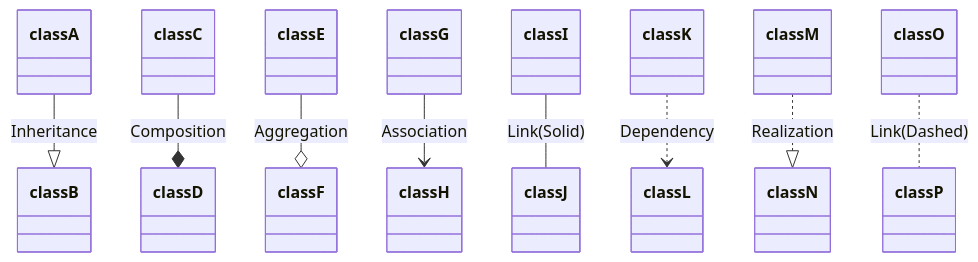
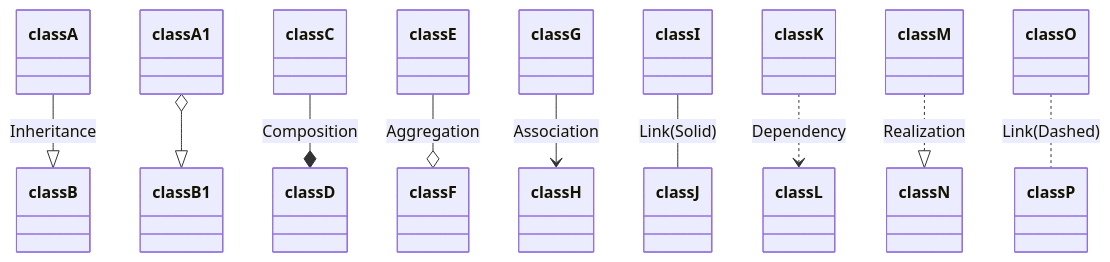
The ninth of 13 diagrams in OTHERS/how_to_write_markdown.md (hanjingo/doc), drawn with Mermaid before and after one commit. The commit also changed other lines of this file and 13 other files, not shown here.

````diff
--- a/OTHERS/how_to_write_markdown.md
+++ b/OTHERS/how_to_write_markdown.md
@@ -1027,11 +1070,12 @@
 ```mermaid
 classDiagram
 classA --|> classB : Inheritance
+classA1 o--|> classB1
 classC --* classD : Composition
 classE --o classF : Aggregation
 classG --> classH : Association
 classI -- classJ : Link(Solid)
 classK ..> classL : Dependency
 classM ..|> classN : Realization
 classO .. classP : Link(Dashed)
 ```
````
